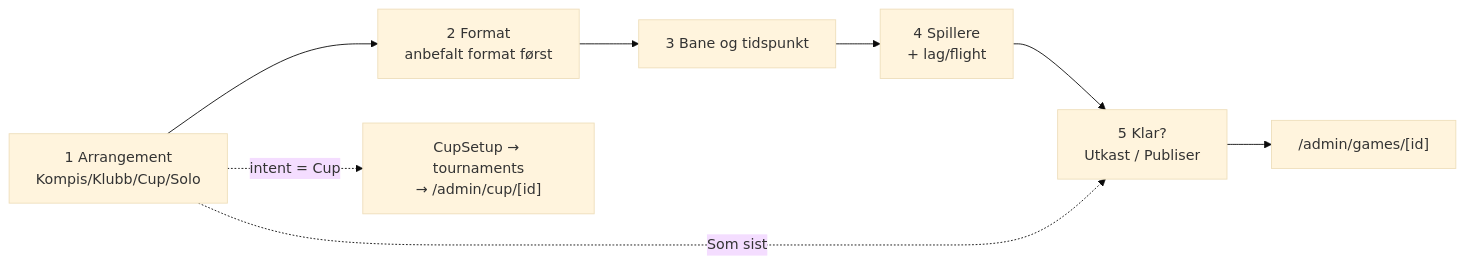
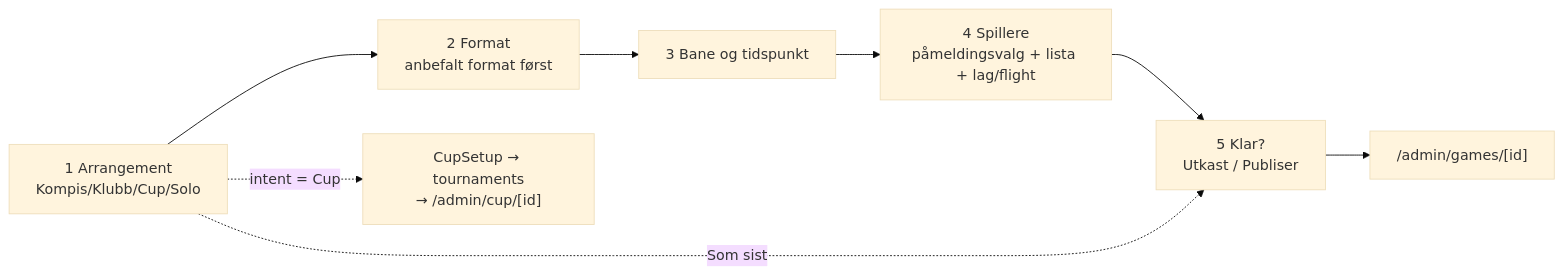
One commit to jdlarssen/golf-app changed the fifth of 6 diagrams in docs/user-flows.md. Above: the diagram before and after it, drawn with Mermaid (base theme). The commit also changed other lines of this file and 2 other files, not shown here.

First line of the commit message:
docs(flows): the sign-up choice sits on step 4 of «Opprett spill»

````diff
--- a/docs/user-flows.md
+++ b/docs/user-flows.md
@@ -231,10 +231,10 @@
 ```mermaid
 flowchart LR
   S1["1 Arrangement<br/>Kompis/Klubb/Cup/Solo"] --> S2["2 Format<br/>anbefalt format først"]
   S2 --> S3["3 Bane og tidspunkt"]
-  S3 --> S4["4 Spillere<br/>+ lag/flight"]
+  S3 --> S4["4 Spillere<br/>påmeldingsvalg + lista + lag/flight"]
   S4 --> S5["5 Klar?<br/>Utkast / Publiser"]
   S5 --> G["/admin/games/[id]"]
   S1 -. "intent = Cup" .-> CUP["CupSetup → tournaments<br/>→ /admin/cup/[id]"]
   S1 -. "Som sist" .-> S5
 ```
````
